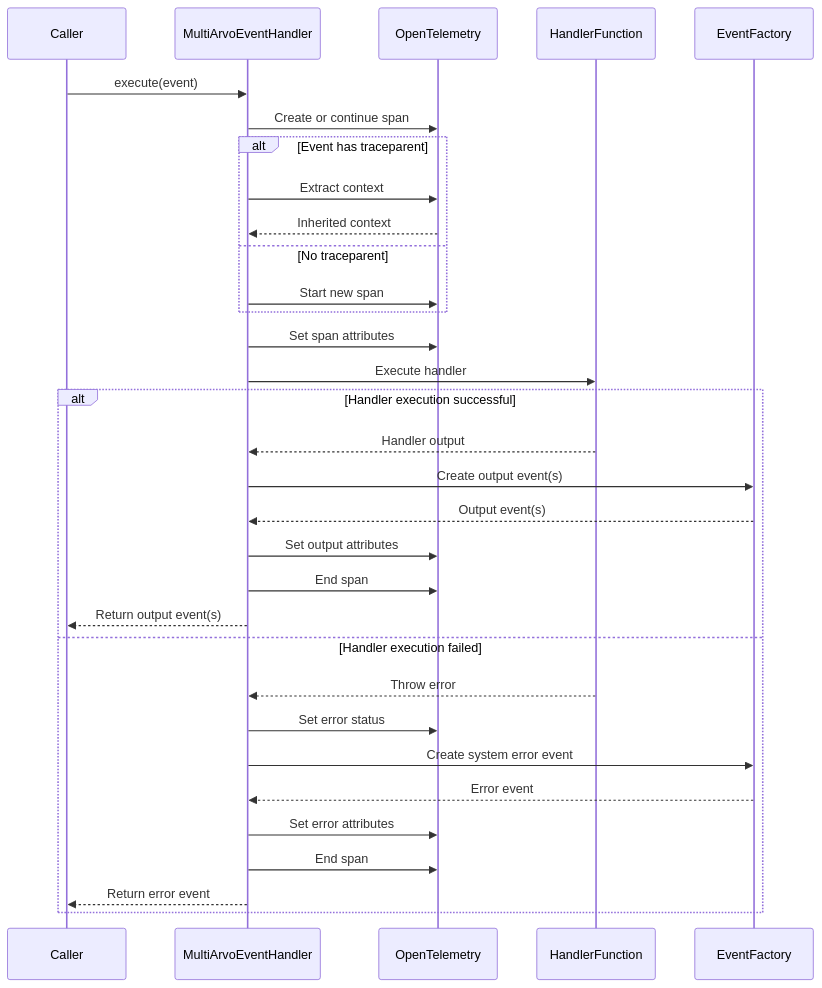
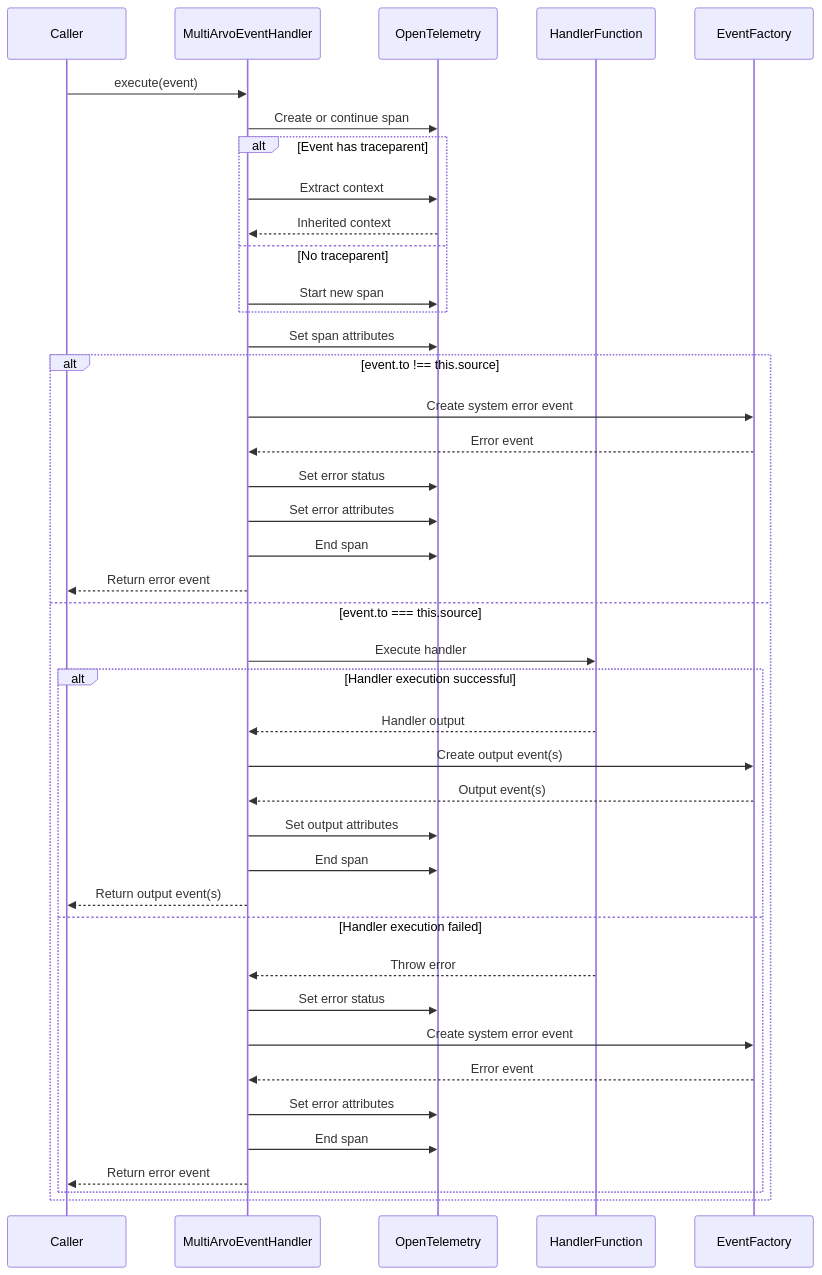
One commit to SaadAhmad123/arvo-event-handler changed the second of 2 diagrams in src/MultiArvoEventHandler/ExecutionDiagrams.md. Above: the diagram before and after it, drawn with Mermaid. The commit also changed other lines of this file and 7 other files, not shown here.

````diff
--- a/src/MultiArvoEventHandler/ExecutionDiagrams.md
+++ b/src/MultiArvoEventHandler/ExecutionDiagrams.md
@@ -65,39 +69,48 @@
 ```mermaid
 sequenceDiagram
 participant Caller
 participant MultiArvoEventHandler
 participant OpenTelemetry
 participant HandlerFunction
 participant EventFactory
 
 Caller->>MultiArvoEventHandler: execute(event)
 MultiArvoEventHandler->>OpenTelemetry: Create or continue span
     
 alt Event has traceparent
 MultiArvoEventHandler->>OpenTelemetry: Extract context
 OpenTelemetry-->>MultiArvoEventHandler: Inherited context
 else No traceparent
 MultiArvoEventHandler->>OpenTelemetry: Start new span
 end
 
 MultiArvoEventHandler->>OpenTelemetry: Set span attributes
 
+alt event.to !== this.source
+MultiArvoEventHandler->>EventFactory: Create system error event
+EventFactory-->>MultiArvoEventHandler: Error event
+MultiArvoEventHandler->>OpenTelemetry: Set error status
+MultiArvoEventHandler->>OpenTelemetry: Set error attributes
+MultiArvoEventHandler->>OpenTelemetry: End span
+MultiArvoEventHandler-->>Caller: Return error event
+else event.to === this.source
 MultiArvoEventHandler->>HandlerFunction: Execute handler
     
 alt Handler execution successful
 HandlerFunction-->>MultiArvoEventHandler: Handler output
 MultiArvoEventHandler->>EventFactory: Create output event(s)
 EventFactory-->>MultiArvoEventHandler: Output event(s)
 MultiArvoEventHandler->>OpenTelemetry: Set output attributes
 MultiArvoEventHandler->>OpenTelemetry: End span
 MultiArvoEventHandler-->>Caller: Return output event(s)
 else Handler execution failed
 HandlerFunction-->>MultiArvoEventHandler: Throw error
 MultiArvoEventHandler->>OpenTelemetry: Set error status
 MultiArvoEventHandler->>EventFactory: Create system error event
 EventFactory-->>MultiArvoEventHandler: Error event
 MultiArvoEventHandler->>OpenTelemetry: Set error attributes
 MultiArvoEventHandler->>OpenTelemetry: End span
 MultiArvoEventHandler-->>Caller: Return error event
 end
+end
 ```
````
